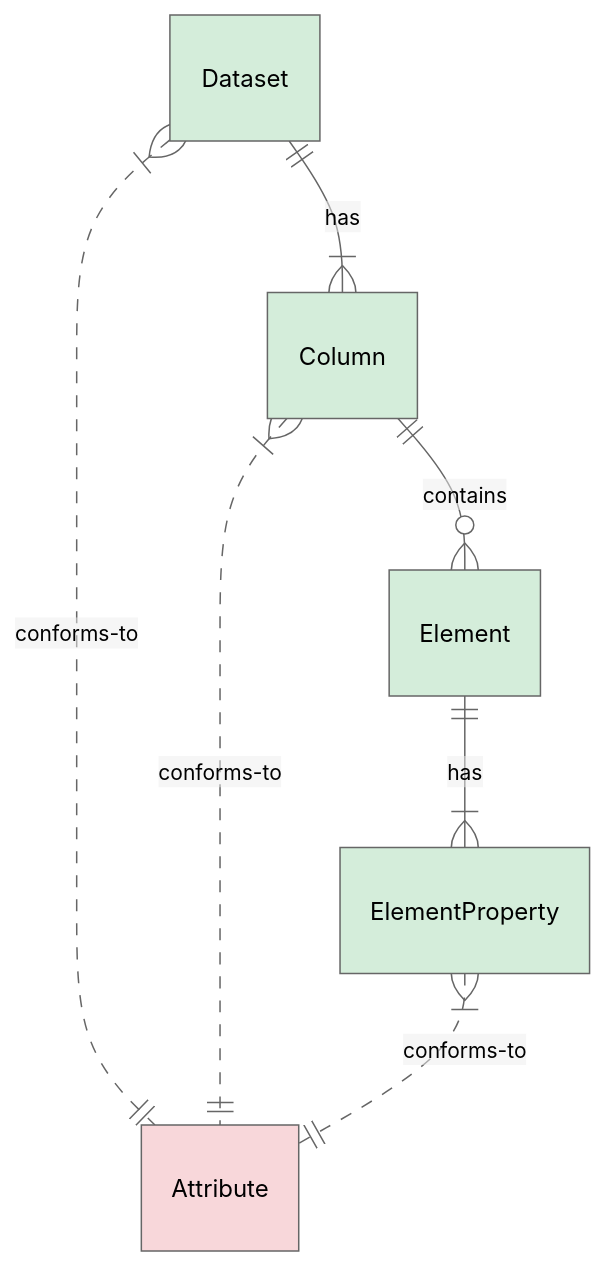
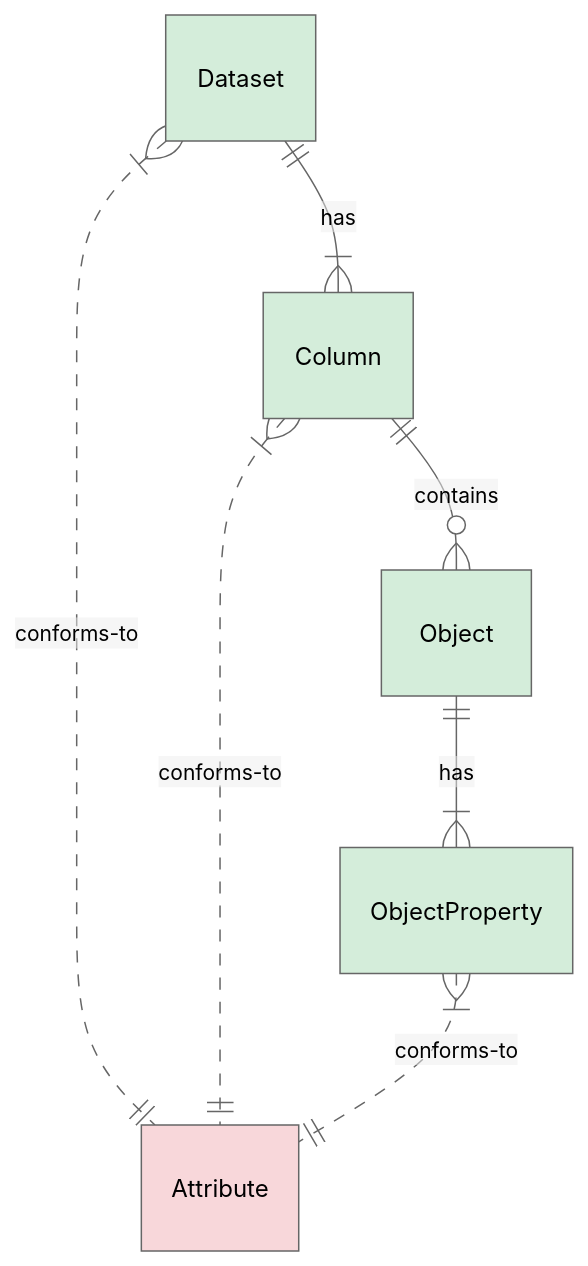
Before and after one commit to FinOps-Open-Cost-and-Usage-Spec/FOCUS_Spec: the diagram in guidelines/normative-requirements-guidelines.md, drawn with Mermaid (neutral theme). The commit also changed other lines of this file, not shown here.

Commit message:
FOCUS #1059: Diagram update

````diff
--- a/guidelines/normative-requirements-guidelines.md
+++ b/guidelines/normative-requirements-guidelines.md
@@ -13,18 +13,18 @@
 ```mermaid
 erDiagram
 Dataset ||--|{ Column : has
-Column ||--o{ Element : contains
-Element ||--|{ ElementProperty : has
+Column ||--o{ Object : contains
+Object ||--|{ ObjectProperty : has
 Dataset }|..|| Attribute : conforms-to
 Column }|..|| Attribute : conforms-to
-ElementProperty }|..|| Attribute : conforms-to
+ObjectProperty }|..|| Attribute : conforms-to
 
 %% Attribute
 style Attribute fill:#f8d7da,stroke:#666,stroke-width:1px
 
 %% Schema-level entities
 style Dataset fill:#d4edda,stroke:#666,stroke-width:1px
 style Column fill:#d4edda,stroke:#666,stroke-width:1px
-style Element fill:#d4edda,stroke:#666,stroke-width:1px
-style ElementProperty fill:#d4edda,stroke:#666,stroke-width:1px
+style Object fill:#d4edda,stroke:#666,stroke-width:1px
+style ObjectProperty fill:#d4edda,stroke:#666,stroke-width:1px
 ```
````
